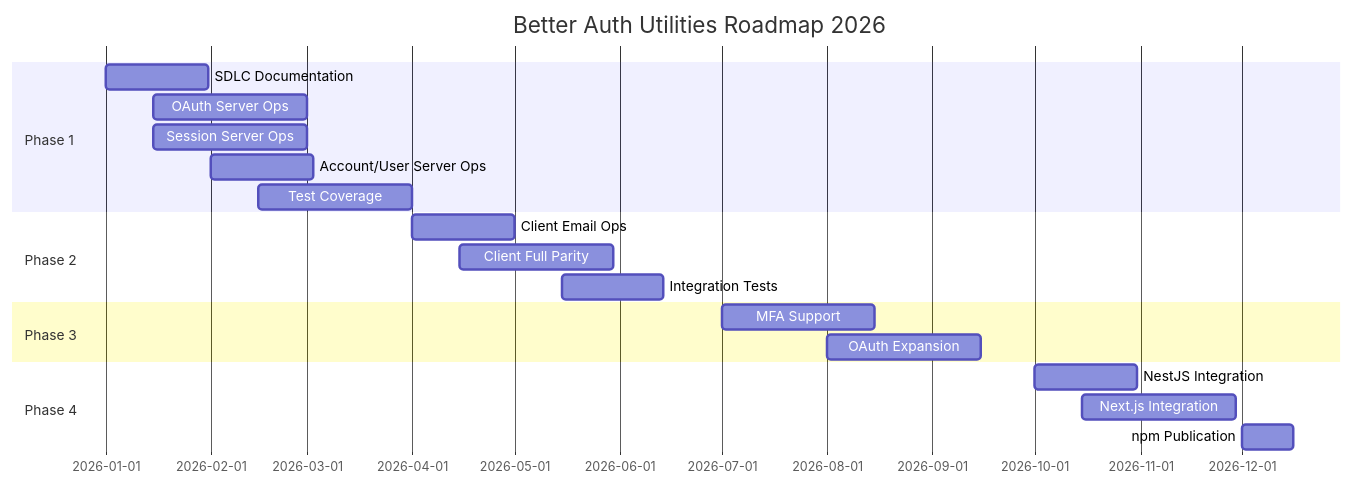
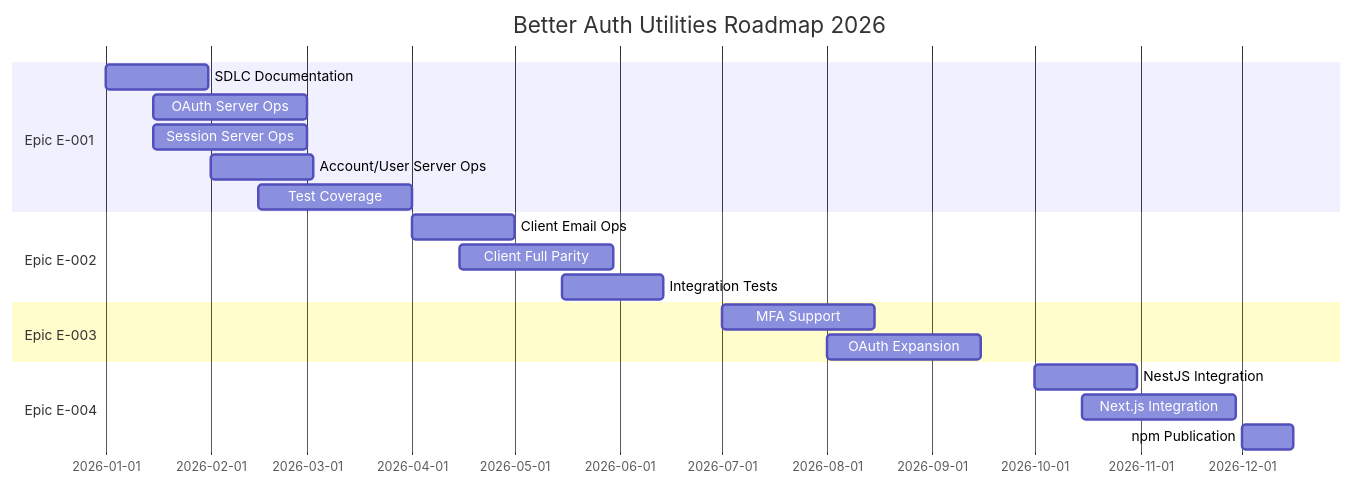
Before and after one commit to EmperorRAG/emperorrag: the diagram in packages/better-auth-utilities/docs/roadmap/product-roadmap.md, drawn with Mermaid. The commit also changed other lines of this file and 22 other files, not shown here.

````diff
--- a/packages/better-auth-utilities/docs/roadmap/product-roadmap.md
+++ b/packages/better-auth-utilities/docs/roadmap/product-roadmap.md
@@ -34,22 +34,22 @@
 ```mermaid
 gantt
     title Better Auth Utilities Roadmap 2026
     dateFormat  YYYY-MM-DD
-    section Phase 1
+    section Epic E-001
     SDLC Documentation     :a1, 2026-01-01, 30d
     OAuth Server Ops       :a2, 2026-01-15, 45d
     Session Server Ops     :a3, 2026-01-15, 45d
     Account/User Server Ops:a4, 2026-02-01, 30d
     Test Coverage          :a5, 2026-02-15, 45d
-    section Phase 2
+    section Epic E-002
     Client Email Ops       :b1, 2026-04-01, 30d
     Client Full Parity     :b2, 2026-04-15, 45d
     Integration Tests      :b3, 2026-05-15, 30d
-    section Phase 3
+    section Epic E-003
     MFA Support            :c1, 2026-07-01, 45d
     OAuth Expansion        :c2, 2026-08-01, 45d
-    section Phase 4
+    section Epic E-004
     NestJS Integration     :d1, 2026-10-01, 30d
     Next.js Integration    :d2, 2026-10-15, 45d
     npm Publication        :d3, 2026-12-01, 15d
 ```
````
